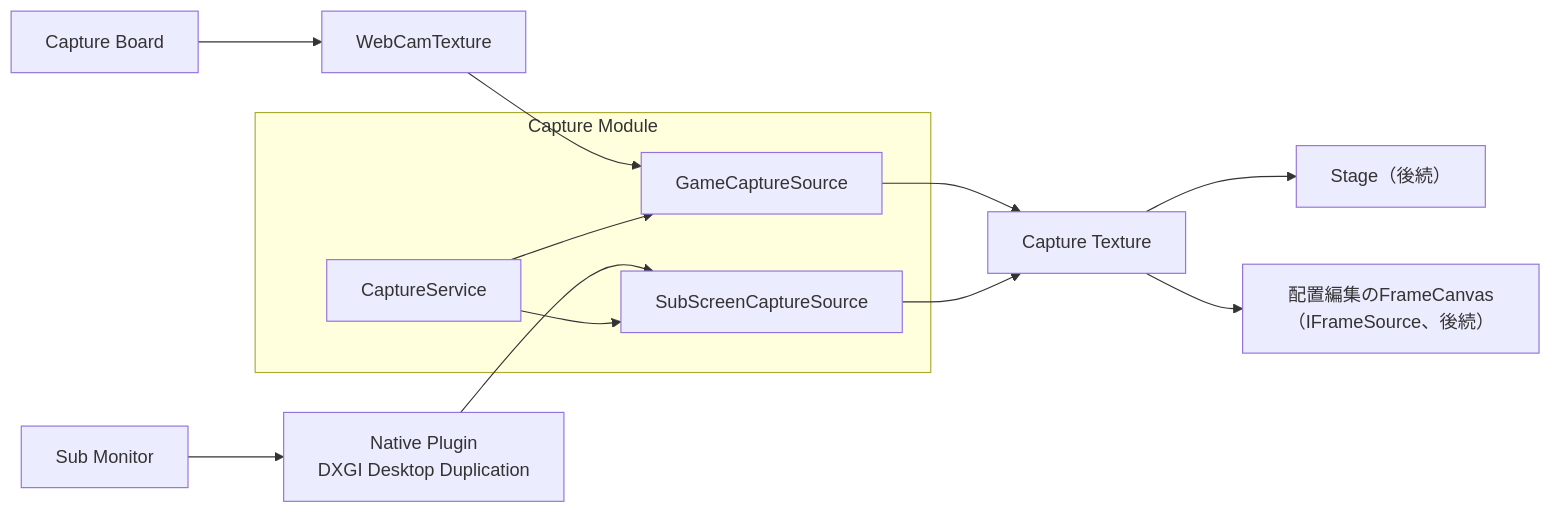
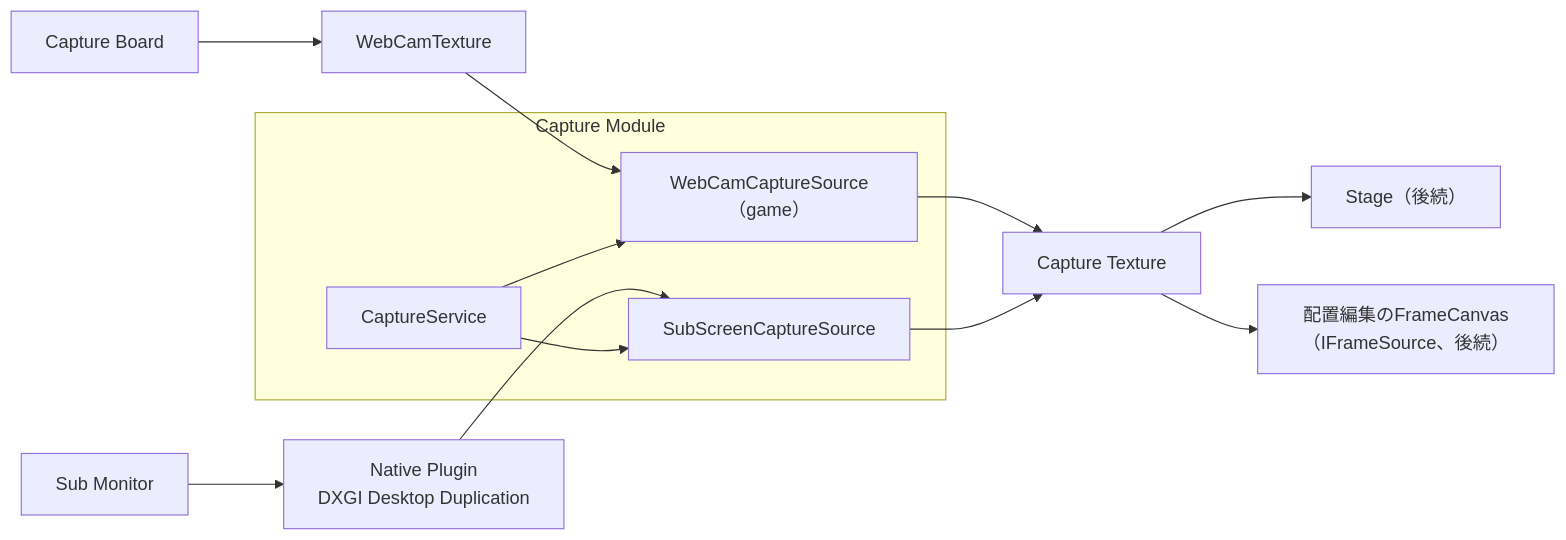
The diagram in docs/ja/detailed-design/capture.md (Yupopyoi/virtual-vessel-studio), drawn with Mermaid before and after one commit. The commit also changed other lines of this file and 9 other files, not shown here.

````diff
--- a/docs/ja/detailed-design/capture.md
+++ b/docs/ja/detailed-design/capture.md
@@ -40,20 +40,20 @@
 ```mermaid
 flowchart LR
     Board["Capture Board"] --> WebCam["WebCamTexture"]
     Monitor["Sub Monitor"] --> Native["Native Plugin<br/>DXGI Desktop Duplication"]
 
     subgraph Capture["Capture Module"]
-        Game["GameCaptureSource"]
+        Game["WebCamCaptureSource（game）"]
         Sub["SubScreenCaptureSource"]
         Service["CaptureService"]
     end
 
     WebCam --> Game
     Native --> Sub
     Game --> Tex["Capture Texture"]
     Sub --> Tex
     Service --> Game
     Service --> Sub
     Tex --> Stage["Stage（後続）"]
     Tex --> Frames["配置編集のFrameCanvas（IFrameSource、後続）"]
 ```
````
